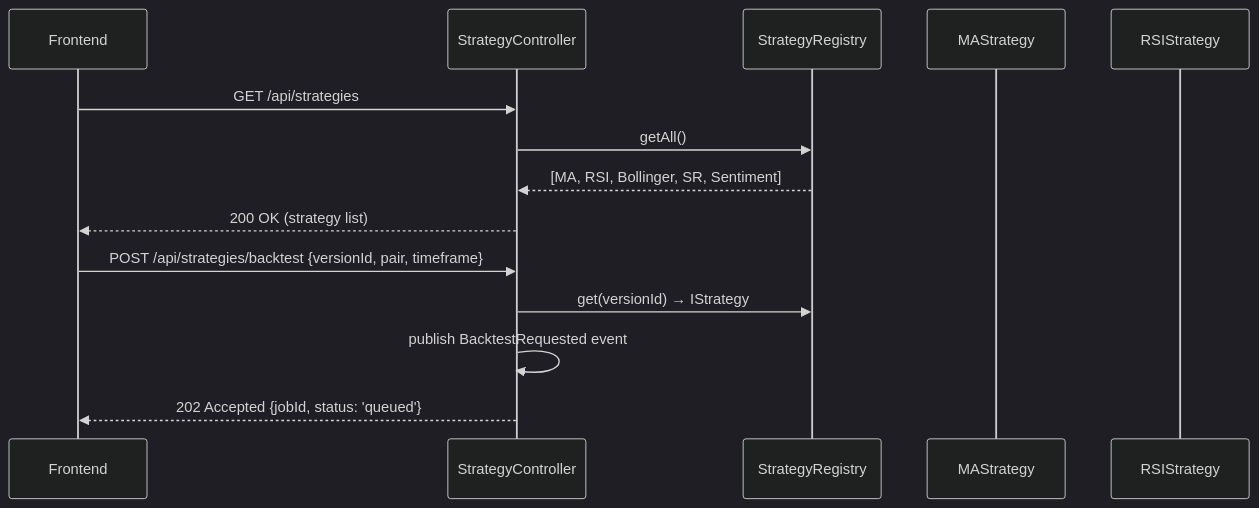
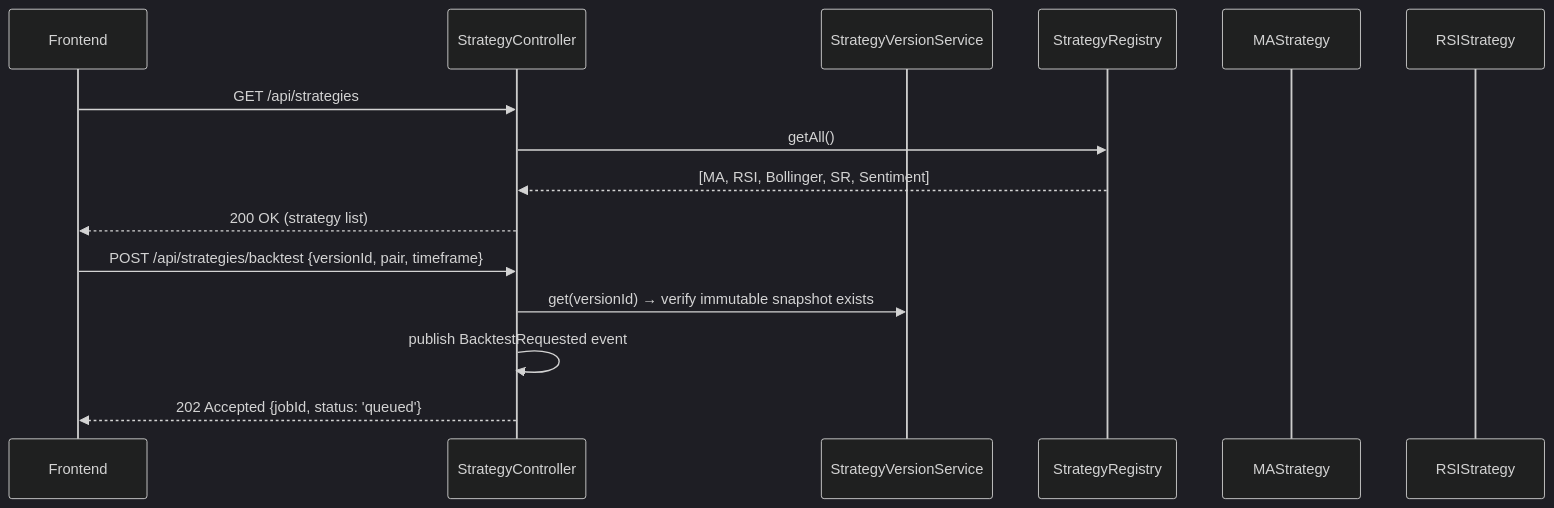
Before and after one commit to Hoang105205/Crypto-Strategy-Lab: the first of 3 diagrams in kb/modules/strategy-engine.md, drawn with Mermaid (dark theme). The commit also changed other lines of this file and 2 other files, not shown here.

Commit message:
docs: define core strategy engine API and system event contracts

````diff
--- a/kb/modules/strategy-engine.md
+++ b/kb/modules/strategy-engine.md
@@ -176,18 +176,19 @@
 ```mermaid
 sequenceDiagram
     participant FE as Frontend
     participant SC as StrategyController
+    participant VS as StrategyVersionService
     participant SR as StrategyRegistry
     participant MA as MAStrategy
     participant RSI as RSIStrategy
 
     FE->>SC: GET /api/strategies
     SC->>SR: getAll()
     SR-->>SC: [MA, RSI, Bollinger, SR, Sentiment]
     SC-->>FE: 200 OK (strategy list)
 
     FE->>SC: POST /api/strategies/backtest {versionId, pair, timeframe}
-    SC->>SR: get(versionId) → IStrategy
+    SC->>VS: get(versionId) → verify immutable snapshot exists
     SC->>SC: publish BacktestRequested event
     SC-->>FE: 202 Accepted {jobId, status: 'queued'}
 ```
````
